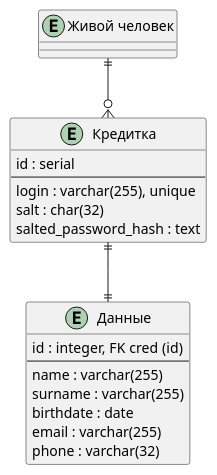
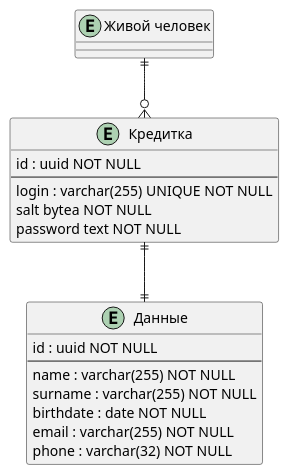
One commit to sermir2003/my-tiny-social-network changed the diagram in docs/erd-main.plantuml. Above: the diagram before and after it, drawn with PlantUML.

Commit message:
improved erd-main

```diff
--- a/docs/erd-main.plantuml
+++ b/docs/erd-main.plantuml
@@ -1,28 +1,28 @@
 @startuml erd-main
 
 skinparam linetype ortho
 
 entity "Живой человек" as human {}
 
 entity "Кредитка" as cred {
-    id : serial
+    id : uuid NOT NULL
     --
-    login : varchar(255), unique
-    salt : char(32)
-    salted_password_hash : text
+    login : varchar(255) UNIQUE NOT NULL
+    salt bytea NOT NULL
+    password text NOT NULL
 }
 
 entity "Данные" as data {
-    id : integer, FK cred (id)
+    id : uuid NOT NULL
     --
-    name : varchar(255)
-    surname : varchar(255)
-    birthdate : date
-    email : varchar(255)
-    phone : varchar(32)
+    name : varchar(255) NOT NULL
+    surname : varchar(255) NOT NULL
+    birthdate : date NOT NULL
+    email : varchar(255) NOT NULL
+    phone : varchar(32) NOT NULL
 }
 
 human ||--o{ cred
 cred ||--|| data
 
 @enduml
```
